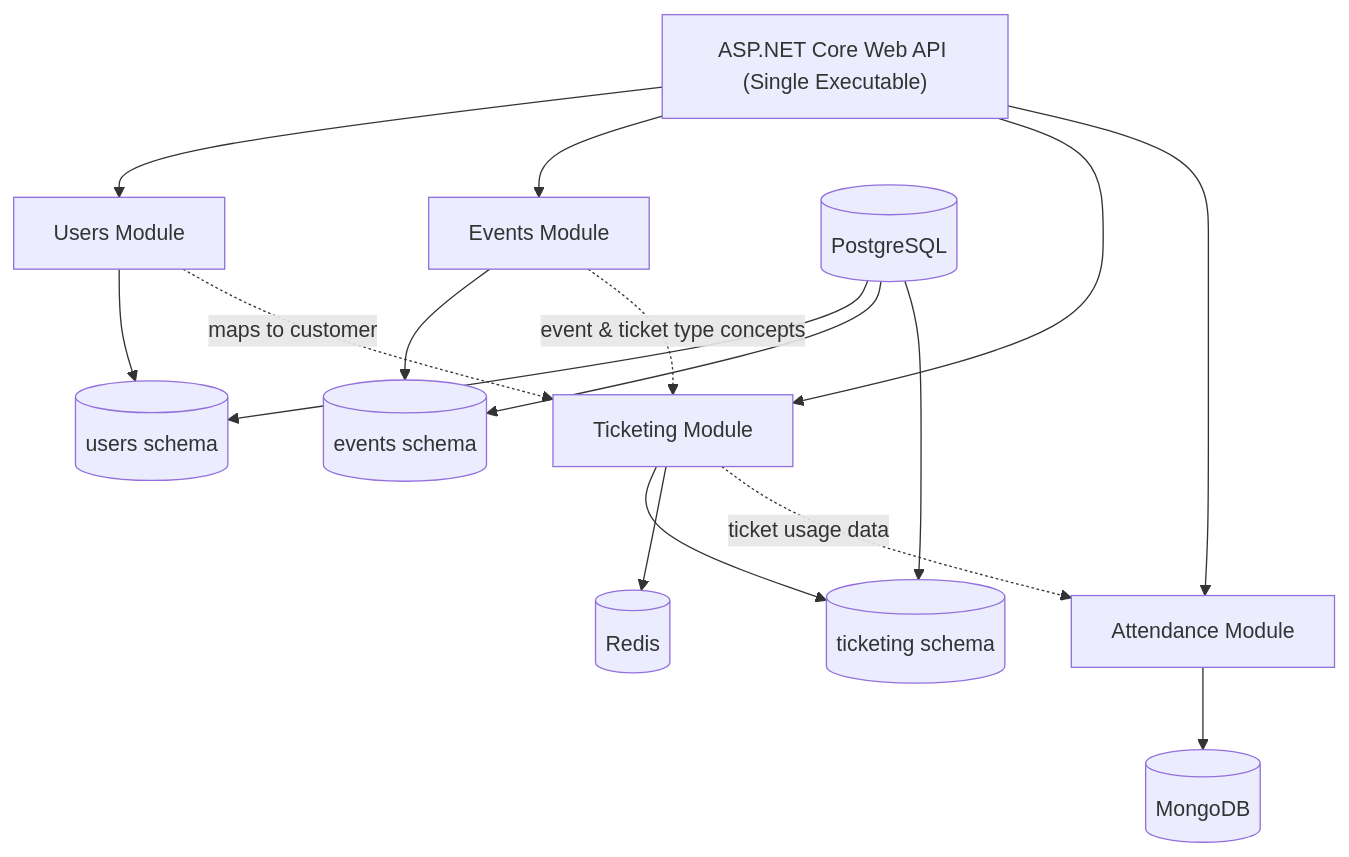
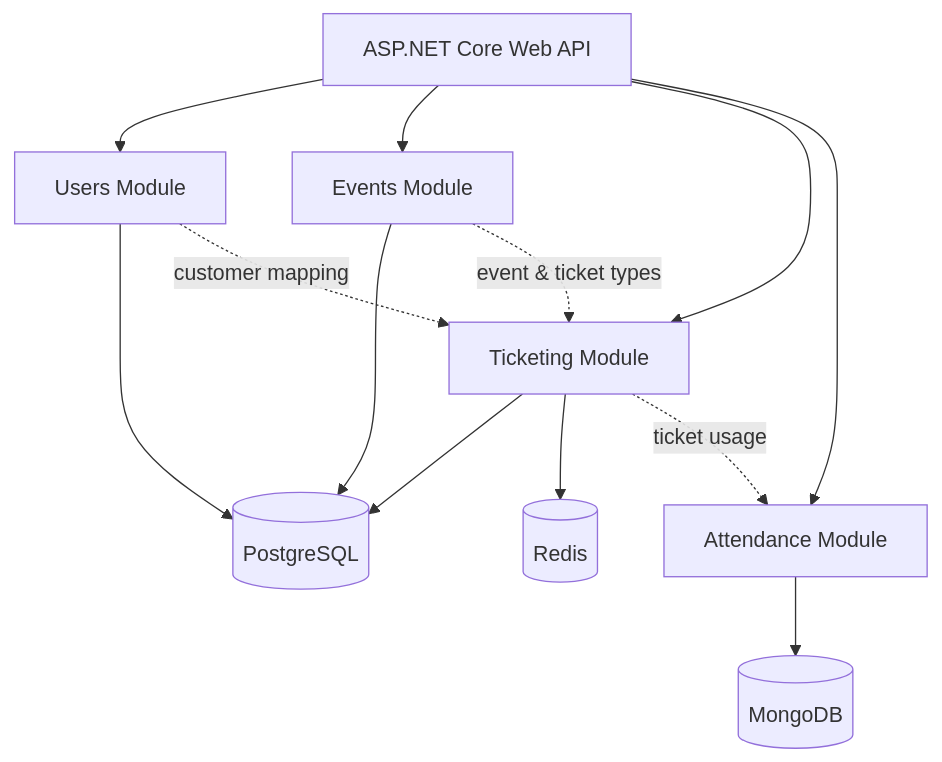
The first of 2 diagrams in README.md (a1danw/evently-modular-monolith), drawn with Mermaid before and after one commit. The commit also changed other lines of this file and 1 other file, not shown here.

Commit message:
Readme diagrams updated

````diff
--- a/README.md
+++ b/README.md
@@ -25,43 +25,29 @@
 ```mermaid
 flowchart TB
 
-  API["ASP.NET Core Web API (Single Executable)"]
+  API["ASP.NET Core Web API"]
 
-  %% Modules
   U["Users Module"]
   E["Events Module"]
   T["Ticketing Module"]
   A["Attendance Module"]
 
   API --> U
   API --> E
   API --> T
   API --> A
 
-  %% Databases
   PG[(PostgreSQL)]
   REDIS[(Redis)]
   MONGO[(MongoDB)]
 
-  %% Schemas
-  US[(users schema)]
-  ES[(events schema)]
-  TS[(ticketing schema)]
-
-  PG --> US
-  PG --> ES
-  PG --> TS
-
-  U --> US
-  E --> ES
-  T --> TS
-
-  %% Specialised storage
+  U --> PG
+  E --> PG
+  T --> PG
   T --> REDIS
   A --> MONGO
 
-  %% Conceptual communication (no direct DB access)
-  U -. "maps to customer" .-> T
-  E -. "event & ticket type concepts" .-> T
-  T -. "ticket usage data" .-> A
+  U -. "customer mapping" .-> T
+  E -. "event & ticket types" .-> T
+  T -. "ticket usage" .-> A
 ```
````
